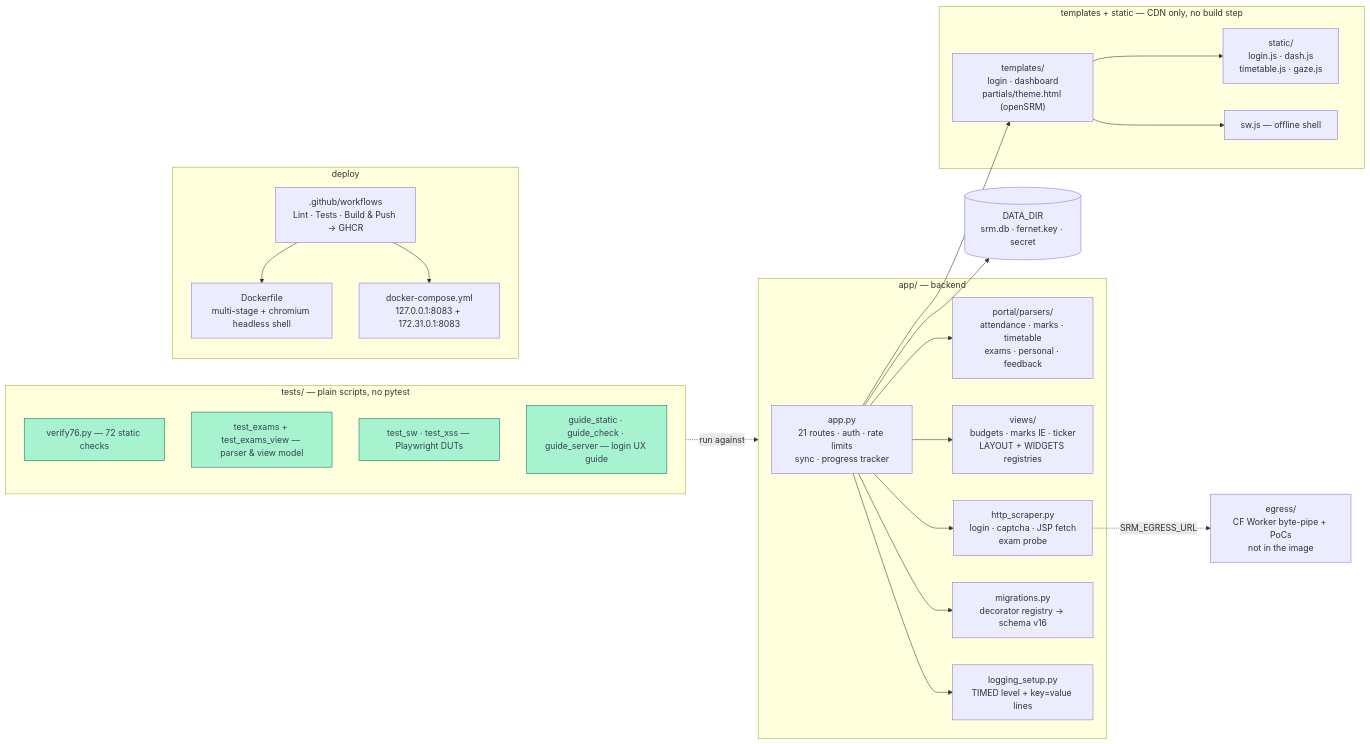
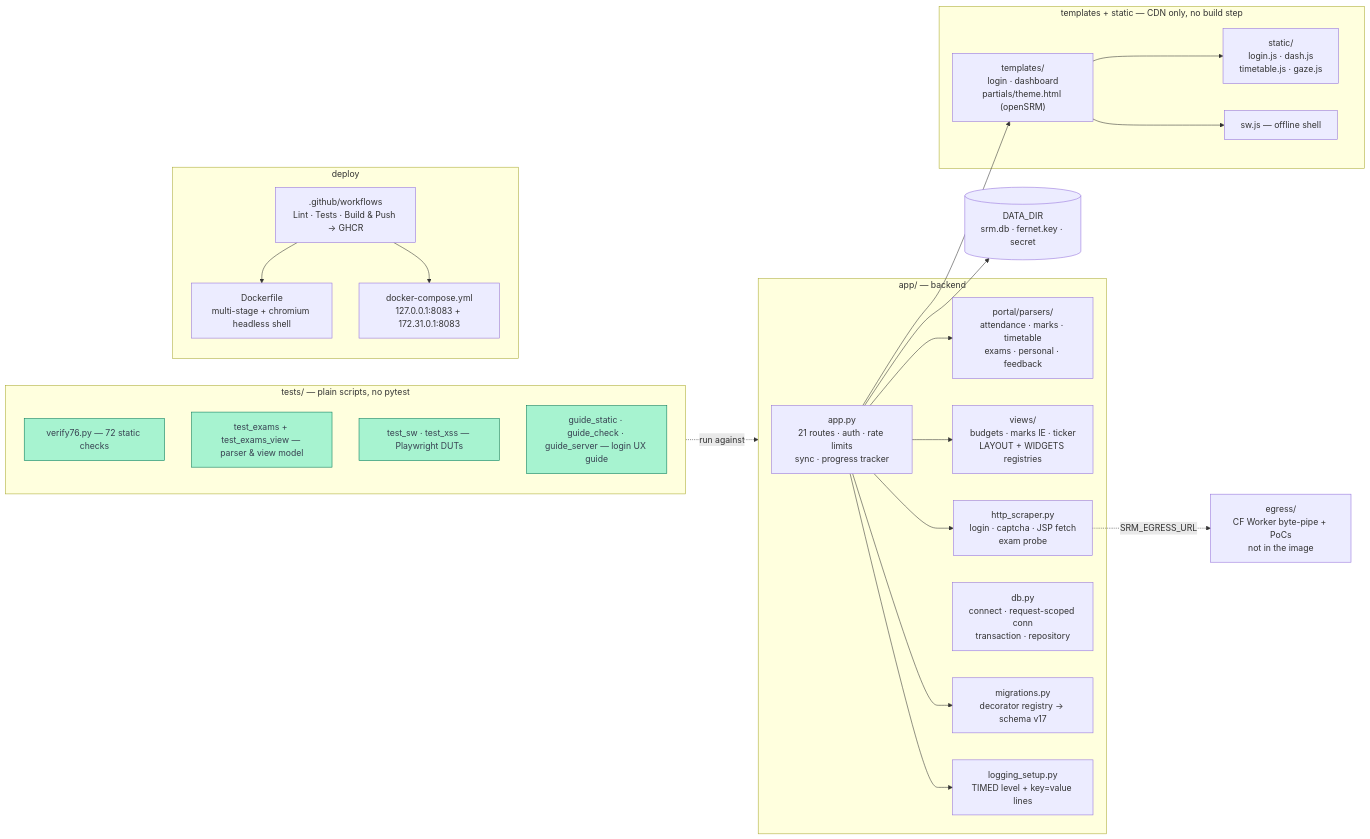
Before and after one commit to thenabbu/OpenSRM: the third of 3 diagrams in README.md, drawn with Mermaid. The commit also changed 4 other files, not shown here.

First line of the commit message:
docs: db-layer sweep — AGENTS layout+matrix+gotcha, CONTRIBUTING, README diagram

````diff
--- a/README.md
+++ b/README.md
@@ -163,50 +163,51 @@
 ```mermaid
 flowchart LR
     subgraph backend["app/ — backend"]
         APP["app.py<br/>21 routes · auth · rate limits<br/>sync · progress tracker"]
         PARS["portal/parsers/<br/>attendance · marks · timetable<br/>exams · personal · feedback"]
         VIEWS["views/<br/>budgets · marks IE · ticker<br/>LAYOUT + WIDGETS registries"]
         SCR["http_scraper.py<br/>login · captcha · JSP fetch<br/>exam probe"]
-        MIG["migrations.py<br/>decorator registry → schema v16"]
+        DB["db.py<br/>connect · request-scoped conn<br/>transaction · repository"]
+        MIG["migrations.py<br/>decorator registry → schema v17"]
         LOG["logging_setup.py<br/>TIMED level + key=value lines"]
     end
 
     subgraph frontend["templates + static — CDN only, no build step"]
         TPL["templates/<br/>login · dashboard<br/>partials/theme.html (openSRM)"]
         JS["static/<br/>login.js · dash.js<br/>timetable.js · gaze.js"]
         SWJS["sw.js — offline shell"]
     end
 
     subgraph gate["tests/ — plain scripts, no pytest"]
         T1["verify76.py — 72 static checks"]
         T2["test_exams + test_exams_view — parser & view model"]
         T3["test_sw · test_xss — Playwright DUTs"]
         T4["guide_static · guide_check · guide_server — login UX guide"]
     end
 
     subgraph ship["deploy"]
         DF["Dockerfile<br/>multi-stage + chromium headless shell"]
         DC["docker-compose.yml<br/>127.0.0.1:8083 + 172.31.0.1:8083"]
         CI[".github/workflows<br/>Lint · Tests · Build & Push → GHCR"]
     end
 
     EGDIR["egress/<br/>CF Worker byte-pipe + PoCs<br/>not in the image"]
     DATA[("DATA_DIR<br/>srm.db · fernet.key · secret")]
 
     APP --> SCR
     APP --> MIG
     APP --> LOG
     APP --> PARS
     APP --> VIEWS
     APP --> TPL
     TPL --> JS
     TPL --> SWJS
     APP --> DATA
     SCR -.->|"SRM_EGRESS_URL"| EGDIR
     CI --> DF
     CI --> DC
     gate -.->|"run against"| backend
 
     classDef gatecls fill:#a7f3d0,stroke:#047857,color:#374151
     class T1,T2,T3,T4 gatecls
 ```
````
